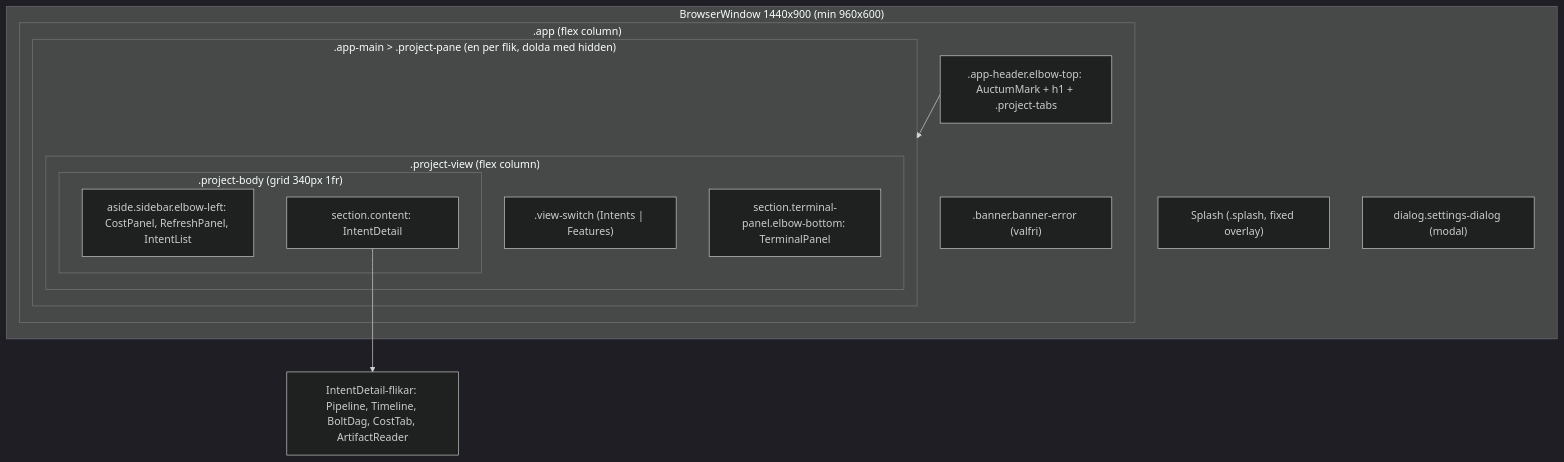
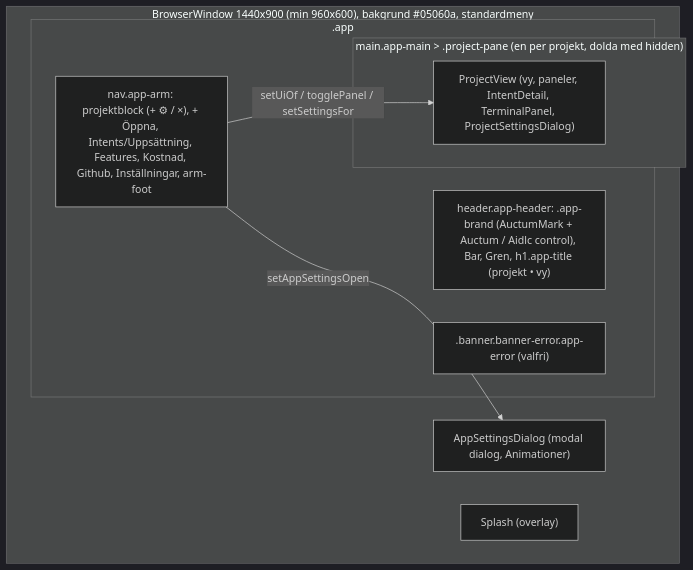
One commit to tochman/ai-dlc-thadeus changed the first of 5 diagrams in aidlc/spaces/default/codekb/aidlc-dash/architecture.md. Above: the diagram before and after it, drawn with Mermaid (dark theme). The commit also changed other lines of this file and 62 other files, not shown here.

````diff
--- a/aidlc/spaces/default/codekb/aidlc-dash/architecture.md
+++ b/aidlc/spaces/default/codekb/aidlc-dash/architecture.md
@@ -21,23 +21,17 @@
 ```mermaid
 flowchart TB
-  subgraph Window["BrowserWindow 1440x900 (min 960x600)"]
-    Splash["Splash (.splash, fixed overlay)"]
-    subgraph AppShell[".app (flex column)"]
-      Header[".app-header.elbow-top: AuctumMark + h1 + .project-tabs"]
-      Banner[".banner.banner-error (valfri)"]
-      subgraph Main[".app-main > .project-pane (en per flik, dolda med hidden)"]
-        subgraph PV[".project-view (flex column)"]
-          Switch[".view-switch (Intents | Features)"]
-          subgraph Body[".project-body (grid 340px 1fr)"]
-            Sidebar["aside.sidebar.elbow-left: CostPanel, RefreshPanel, IntentList"]
-            Content["section.content: IntentDetail"]
-          end
-          Term["section.terminal-panel.elbow-bottom: TerminalPanel"]
-        end
+  subgraph Window["BrowserWindow 1440x900 (min 960x600), bakgrund #05060a, standardmeny"]
+    Splash["Splash (overlay)"]
+    subgraph AppShell[".app"]
+      Header["header.app-header: .app-brand (AuctumMark + Auctum / Aidlc control), Bar, Gren, h1.app-title (projekt • vy)"]
+      Arm["nav.app-arm: projektblock (+ ⚙ / ×), + Öppna, Intents/Uppsättning, Features, Kostnad, Github, Inställningar, arm-foot"]
+      Banner[".banner.banner-error.app-error (valfri)"]
+      subgraph Main["main.app-main > .project-pane (en per projekt, dolda med hidden)"]
+        PV["ProjectView (vy, paneler, IntentDetail, TerminalPanel, ProjectSettingsDialog)"]
       end
     end
-    Dialog["dialog.settings-dialog (modal)"]
+    AppDlg["AppSettingsDialog (modal dialog, Animationer)"]
   end
-  Header --> Main
-  Content --> Tabs["IntentDetail-flikar: Pipeline, Timeline, BoltDag, CostTab, ArtifactReader"]
+  Arm -- "setUiOf / togglePanel / setSettingsFor" --> PV
+  Arm -- "setAppSettingsOpen" --> AppDlg
 ```
````
